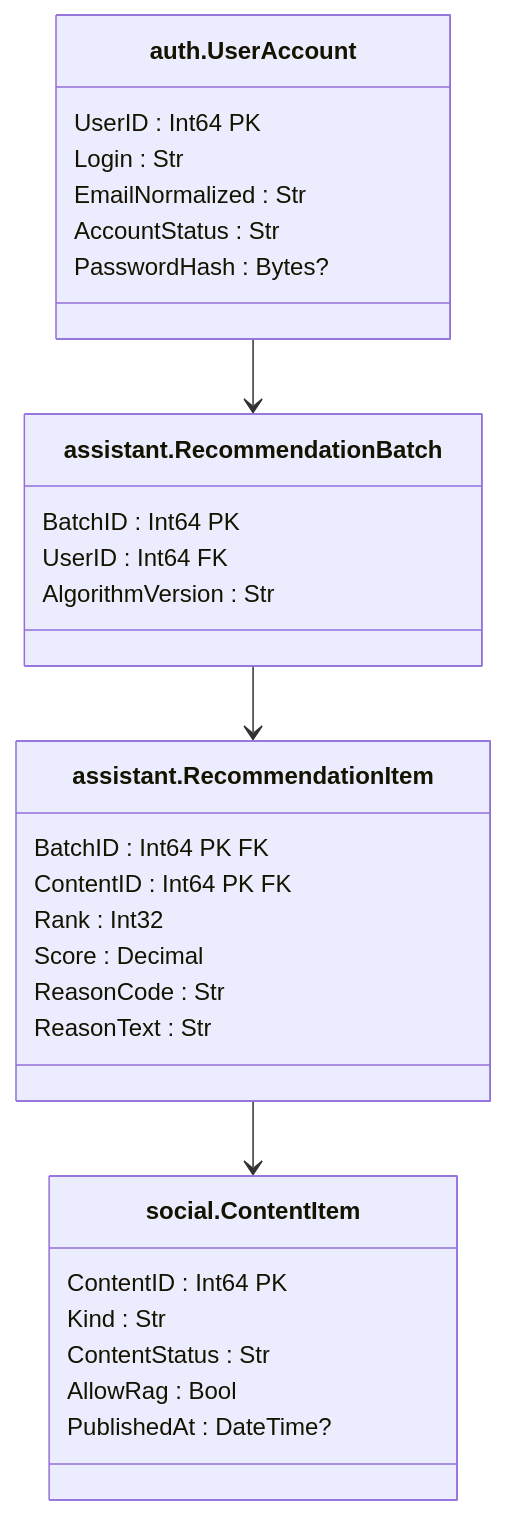
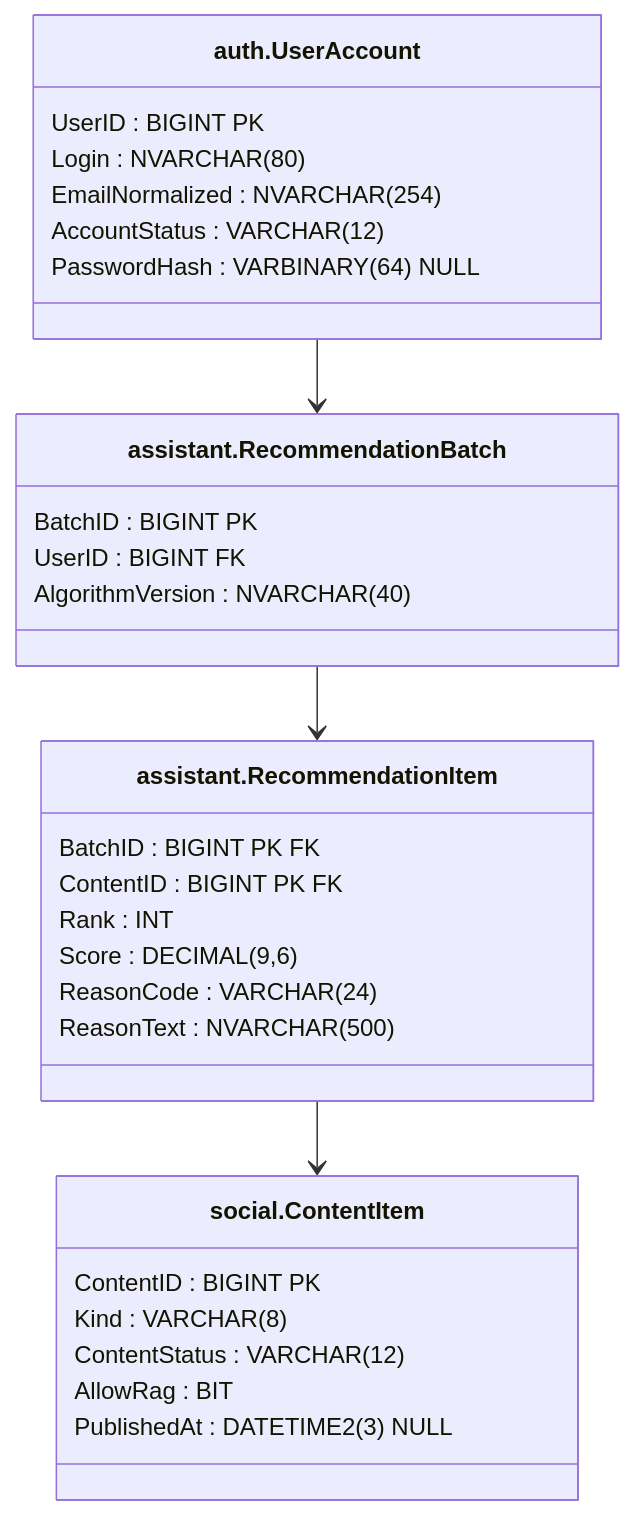
Before and after one commit to lkeey/BIVT-labs: diagram 13 of 15 in 03SQL-CourseWork/architecture/database-model.md, drawn with Mermaid. The commit also changed other lines of this file, not shown here.

Commit message:
docs(coursework): use exact T-SQL types in database diagrams

```diff
--- a/03SQL-CourseWork/architecture/database-model.md
+++ b/03SQL-CourseWork/architecture/database-model.md
@@ -532,34 +532,34 @@
 ~~~mermaid
 classDiagram
     direction TB
     class U["auth.UserAccount"] {
-        UserID : Int64 PK
-        Login : Str
-        EmailNormalized : Str
-        AccountStatus : Str
-        PasswordHash : Bytes?
+        UserID : BIGINT PK
+        Login : NVARCHAR#40;80#41;
+        EmailNormalized : NVARCHAR#40;254#41;
+        AccountStatus : VARCHAR#40;12#41;
+        PasswordHash : VARBINARY#40;64#41; NULL
     }
     class B["assistant.RecommendationBatch"] {
-        BatchID : Int64 PK
-        UserID : Int64 FK
-        AlgorithmVersion : Str
+        BatchID : BIGINT PK
+        UserID : BIGINT FK
+        AlgorithmVersion : NVARCHAR#40;40#41;
     }
     class I["assistant.RecommendationItem"] {
-        BatchID : Int64 PK FK
-        ContentID : Int64 PK FK
-        Rank : Int32
-        Score : Decimal
-        ReasonCode : Str
-        ReasonText : Str
+        BatchID : BIGINT PK FK
+        ContentID : BIGINT PK FK
+        Rank : INT
+        Score : DECIMAL#40;9,6#41;
+        ReasonCode : VARCHAR#40;24#41;
+        ReasonText : NVARCHAR#40;500#41;
     }
     class C["social.ContentItem"] {
-        ContentID : Int64 PK
-        Kind : Str
-        ContentStatus : Str
-        AllowRag : Bool
-        PublishedAt : DateTime?
+        ContentID : BIGINT PK
+        Kind : VARCHAR#40;8#41;
+        ContentStatus : VARCHAR#40;12#41;
+        AllowRag : BIT
+        PublishedAt : DATETIME2#40;3#41; NULL
     }
     U --> B
     B --> I
     I --> C
 ~~~
```
